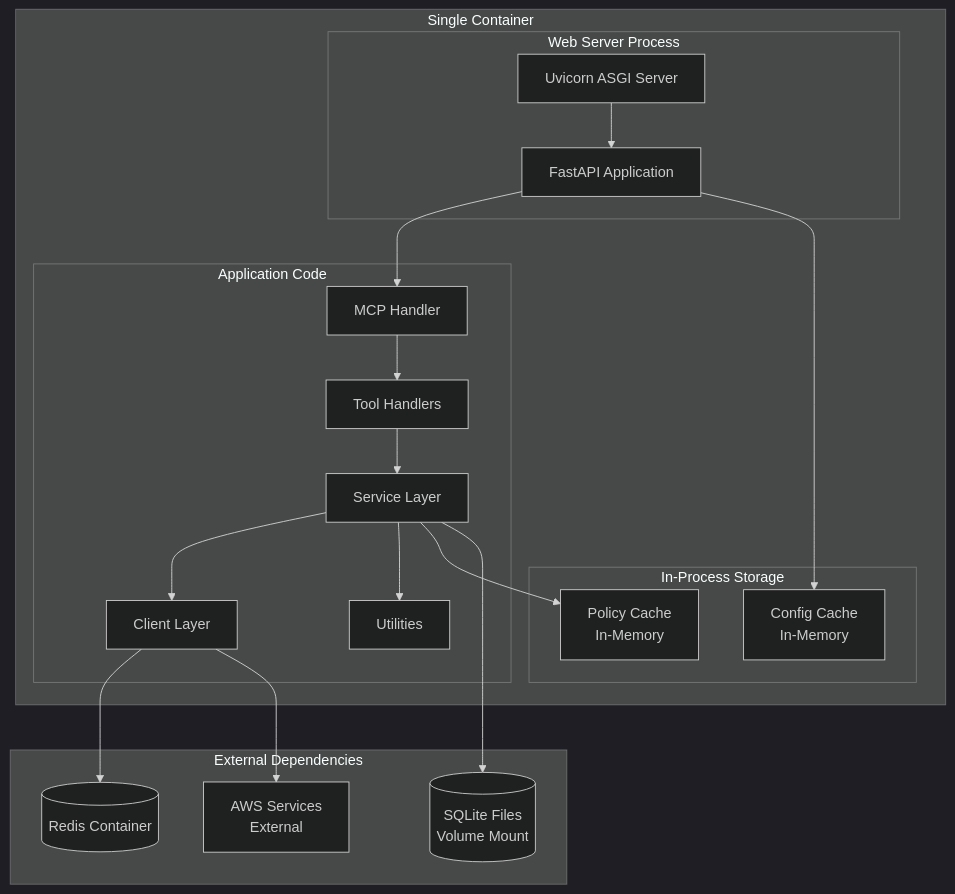
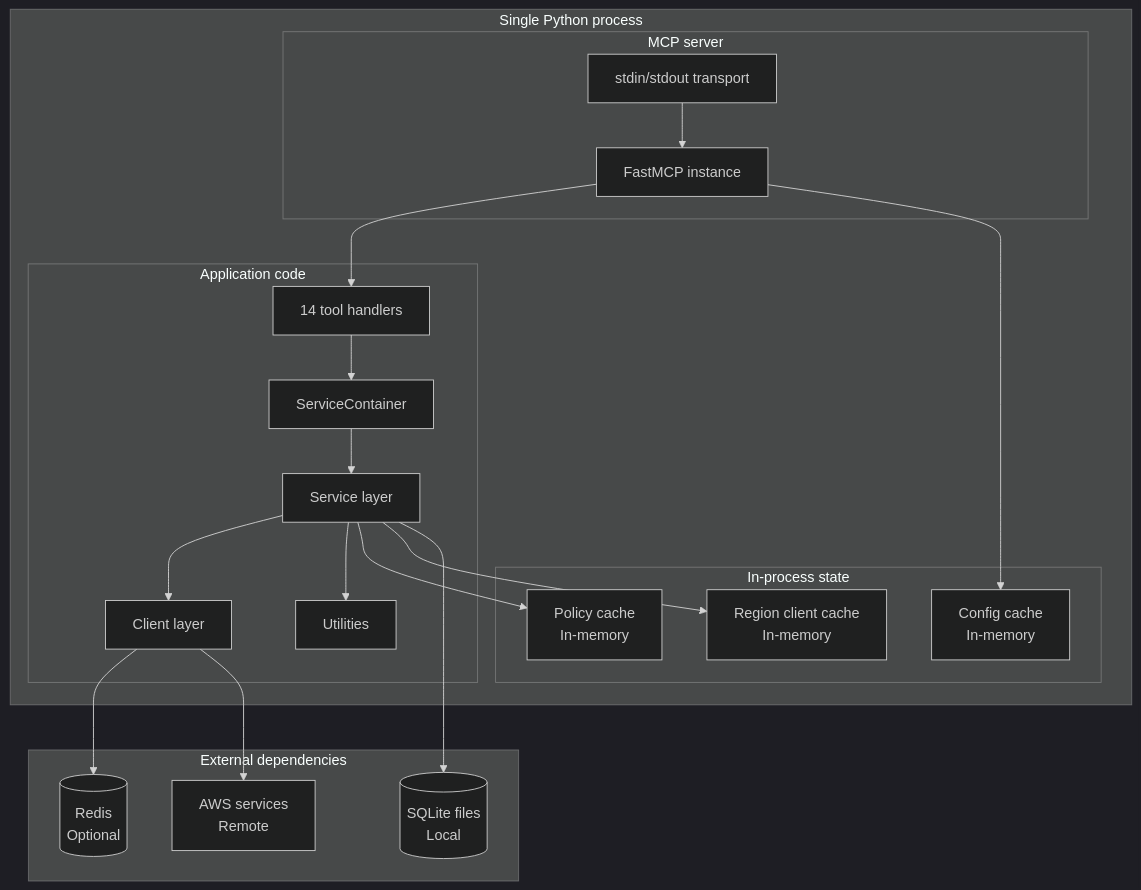
One commit to OptimNow/finops-tag-compliance-mcp changed the sixth of 7 diagrams in docs/diagrams/04-component-diagram.md. Above: the diagram before and after it, drawn with Mermaid (dark theme). The commit also changed other lines of this file and 6 other files, not shown here.

First line of the commit message:
docs: rewrite diagrams for stdio architecture, delete HTTP-only docs

````diff
--- a/docs/diagrams/04-component-diagram.md
+++ b/docs/diagrams/04-component-diagram.md
@@ -317,42 +371,44 @@
 ```mermaid
 graph TB
-    subgraph "Single Container"
-        subgraph "Web Server Process"
-            FastAPI[FastAPI Application]
-            Uvicorn[Uvicorn ASGI Server]
+    subgraph "Single Python process"
+        subgraph "MCP server"
+            FastMCP[FastMCP instance]
+            Stdio[stdin/stdout transport]
         end
 
-        subgraph "Application Code"
-            MCP[MCP Handler]
-            Tools[Tool Handlers]
-            Services[Service Layer]
-            Clients[Client Layer]
+        subgraph "Application code"
+            Tools[14 tool handlers]
+            Container[ServiceContainer]
+            Services[Service layer]
+            Clients[Client layer]
             Utils[Utilities]
         end
 
-        subgraph "In-Process Storage"
-            PolicyCache[Policy Cache<br/>In-Memory]
-            ConfigCache[Config Cache<br/>In-Memory]
+        subgraph "In-process state"
+            PolicyCache[Policy cache<br/>In-memory]
+            RegionCache[Region client cache<br/>In-memory]
+            ConfigCache[Config cache<br/>In-memory]
         end
     end
 
-    subgraph "External Dependencies"
-        Redis[(Redis Container)]
-        SQLite[(SQLite Files<br/>Volume Mount)]
-        AWS[AWS Services<br/>External]
+    subgraph "External dependencies"
+        Redis[(Redis<br/>Optional)]
+        SQLite[(SQLite files<br/>Local)]
+        AWS[AWS services<br/>Remote]
     end
 
-    Uvicorn --> FastAPI
-    FastAPI --> MCP
-    MCP --> Tools
-    Tools --> Services
+    Stdio --> FastMCP
+    FastMCP --> Tools
+    Tools --> Container
+    Container --> Services
     Services --> Clients
     Services --> Utils
 
     Services --> PolicyCache
-    FastAPI --> ConfigCache
+    Services --> RegionCache
+    FastMCP --> ConfigCache
 
     Clients --> Redis
     Services --> SQLite
     Clients --> AWS
 ```
````
